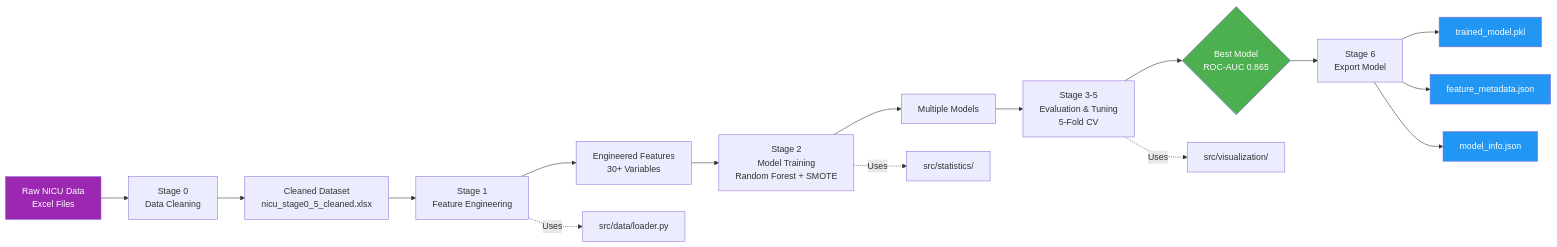
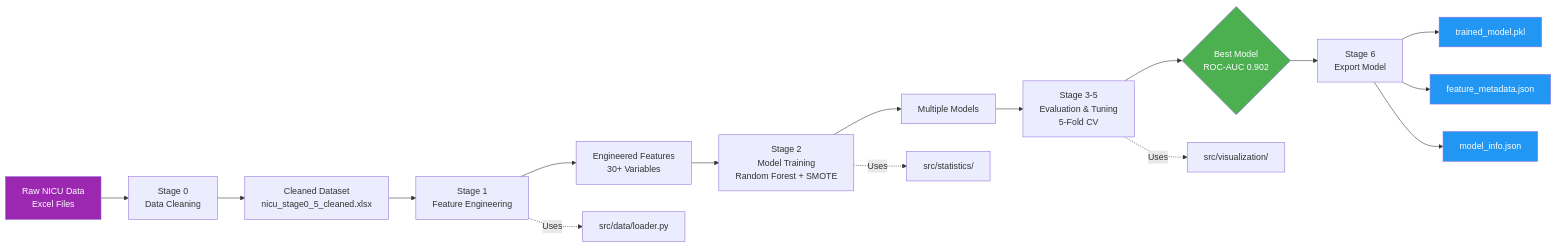
Before and after one commit to umutcaginozcan/Feeding-type-at-discharge-prediction-with-ML: the second of 4 diagrams in README.md, drawn with Mermaid. The commit also changed other lines of this file and 2 other files, not shown here.

````diff
--- a/README.md
+++ b/README.md
@@ -265,25 +265,25 @@
 ```mermaid
 flowchart LR
     A[Raw NICU Data<br/>Excel Files] --> B[Stage 0<br/>Data Cleaning]
     B --> C[Cleaned Dataset<br/>nicu_stage0_5_cleaned.xlsx]
     C --> D[Stage 1<br/>Feature Engineering]
     D --> E[Engineered Features<br/>30+ Variables]
     E --> F[Stage 2<br/>Model Training<br/>Random Forest + SMOTE]
     F --> G[Multiple Models]
     G --> H[Stage 3-5<br/>Evaluation & Tuning<br/>5-Fold CV]
-    H --> I{Best Model<br/>ROC-AUC 0.865}
+    H --> I{Best Model<br/>ROC-AUC 0.902}
     I --> J[Stage 6<br/>Export Model]
     J --> K[trained_model.pkl]
     J --> L[feature_metadata.json]
     J --> M[model_info.json]
     
     D -.->|Uses| N[src/data/loader.py]
     F -.->|Uses| O[src/statistics/]
     H -.->|Uses| P[src/visualization/]
     
     style A fill:#9C27B0,color:#fff
     style I fill:#4CAF50,color:#fff
     style K fill:#2196F3,color:#fff
     style L fill:#2196F3,color:#fff
     style M fill:#2196F3,color:#fff
 ```
````
